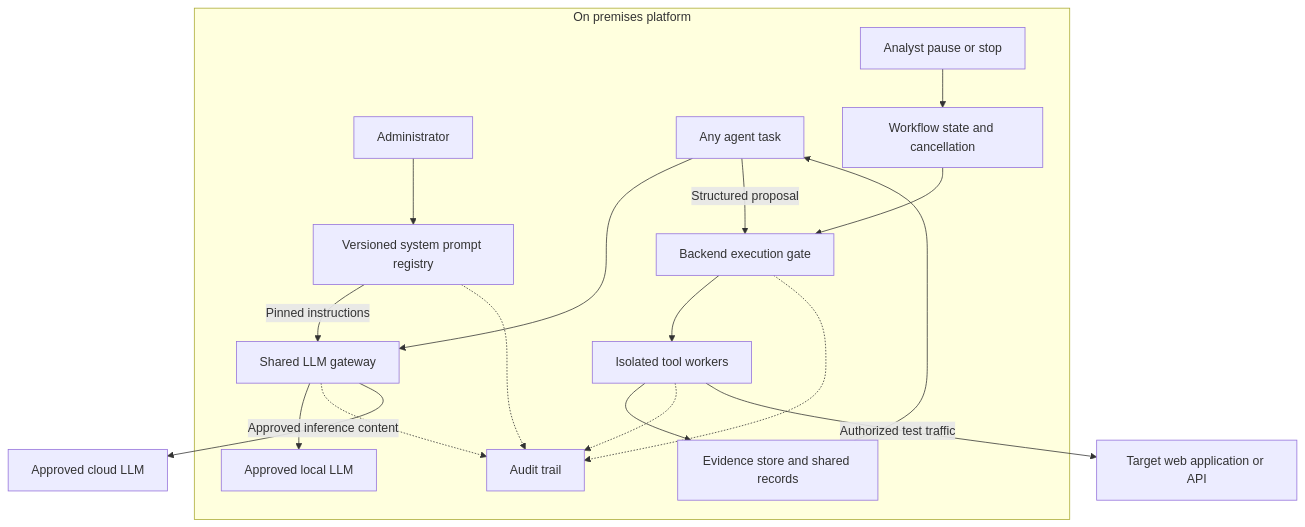
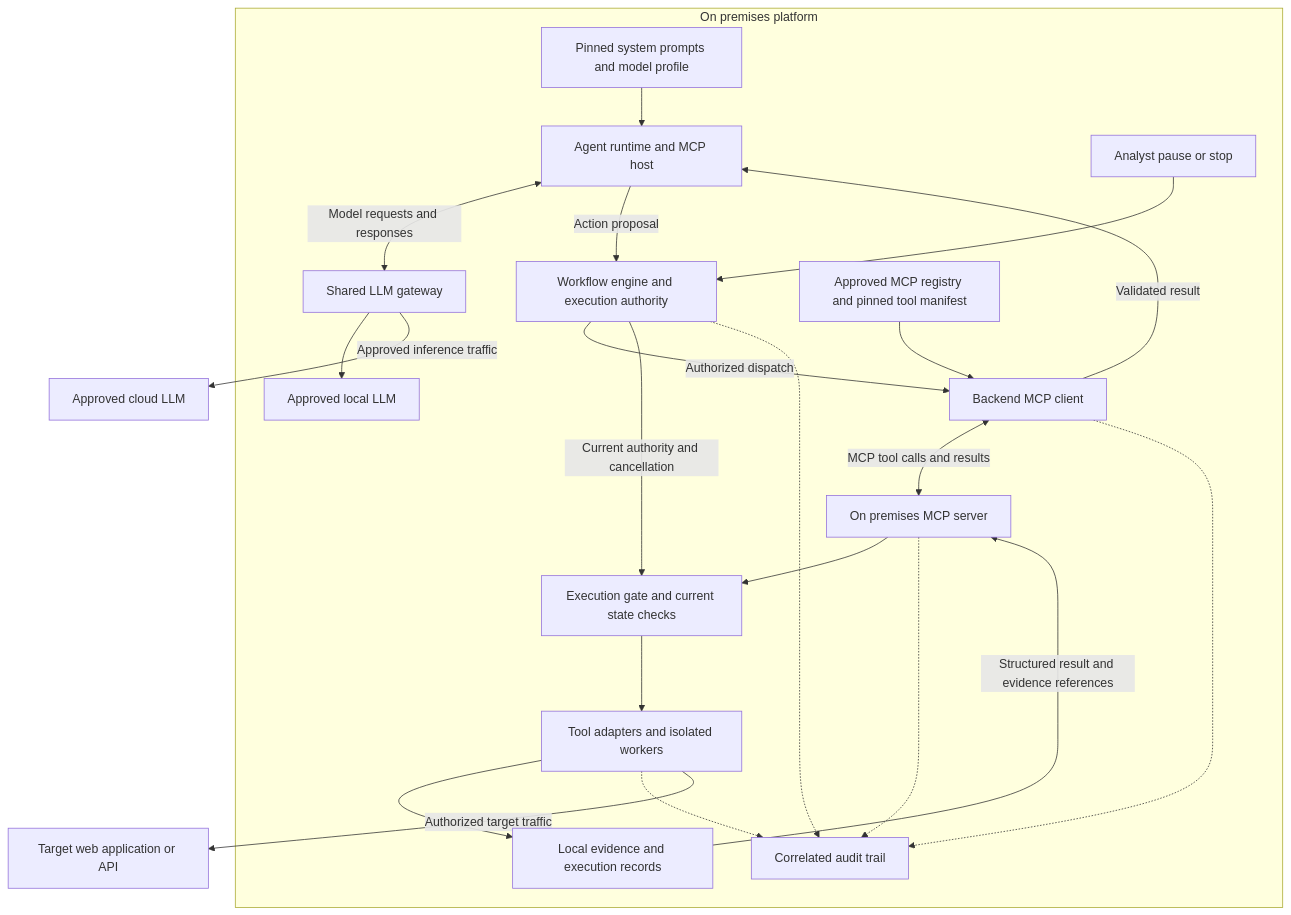
One commit to HabilAmardias/AmarPen changed the second of 2 diagrams in FRD.md. Above: the diagram before and after it, drawn with Mermaid. The commit also changed other lines of this file and 83 other files, not shown here.

````diff
--- a/FRD.md
+++ b/FRD.md
@@ -236,21 +238,25 @@
 ```mermaid
 flowchart TD
     subgraph ONPREM[On premises platform]
-        ADMIN[Administrator] --> REG[Versioned system prompt registry]
-        AGENT[Any agent task] --> GATEWAY[Shared LLM gateway]
-        REG -->|Pinned instructions| GATEWAY
+        PROMPT[Pinned system prompts and model profile] --> AGENT[Agent runtime and MCP host]
+        AGENT <-->|Model requests and responses| GATEWAY[Shared LLM gateway]
         GATEWAY --> LOCAL[Approved local LLM]
-        AGENT -->|Structured proposal| POLICY[Backend execution gate]
-        CONTROL[Analyst pause or stop] --> ENGINE[Workflow state and cancellation]
-        ENGINE --> POLICY
-        POLICY --> WORKER[Isolated tool workers]
-        WORKER --> EVIDENCE[Evidence store and shared records]
-        EVIDENCE --> AGENT
-        GATEWAY -.-> AUDIT[Audit trail]
-        POLICY -.-> AUDIT
-        WORKER -.-> AUDIT
-        REG -.-> AUDIT
+        AGENT -->|Action proposal| ENGINE[Workflow engine and execution authority]
+        CONTROL[Analyst pause or stop] --> ENGINE
+        ENGINE -->|Authorized dispatch| CLIENT[Backend MCP client]
+        REG[Approved MCP registry and pinned tool manifest] --> CLIENT
+        CLIENT <-->|MCP tool calls and results| SERVER[On premises MCP server]
+        SERVER --> GATE[Execution gate and current state checks]
+        ENGINE -->|Current authority and cancellation| GATE
+        GATE --> ADAPTER[Tool adapters and isolated workers]
+        ADAPTER --> EVIDENCE[Local evidence and execution records]
+        EVIDENCE -->|Structured result and evidence references| SERVER
+        CLIENT -->|Validated result| AGENT
+        ENGINE -.-> AUDIT[Correlated audit trail]
+        CLIENT -.-> AUDIT
+        SERVER -.-> AUDIT
+        ADAPTER -.-> AUDIT
     end
-    GATEWAY -->|Approved inference content| CLOUD[Approved cloud LLM]
-    WORKER -->|Authorized test traffic| TARGET[Target web application or API]
+    GATEWAY -->|Approved inference traffic| CLOUD[Approved cloud LLM]
+    ADAPTER -->|Authorized target traffic| TARGET[Target web application or API]
 ```
````
